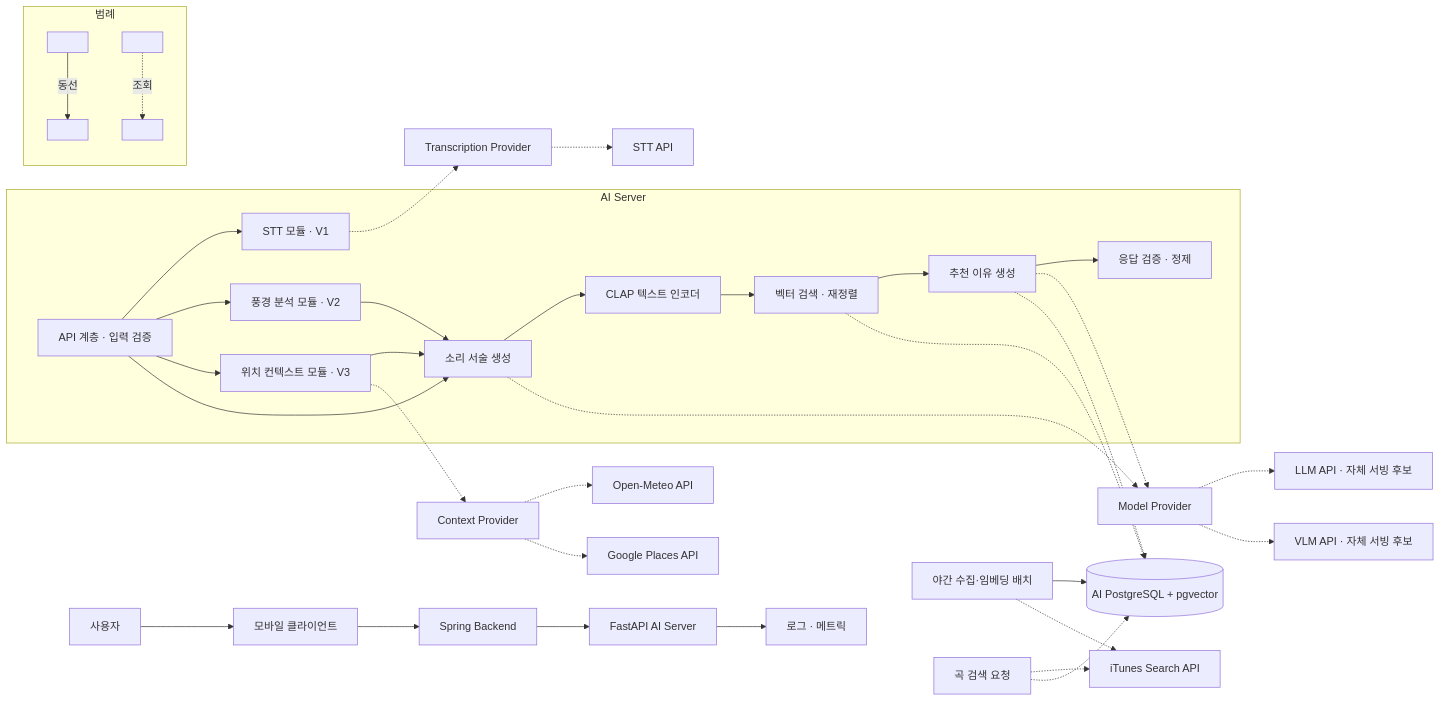
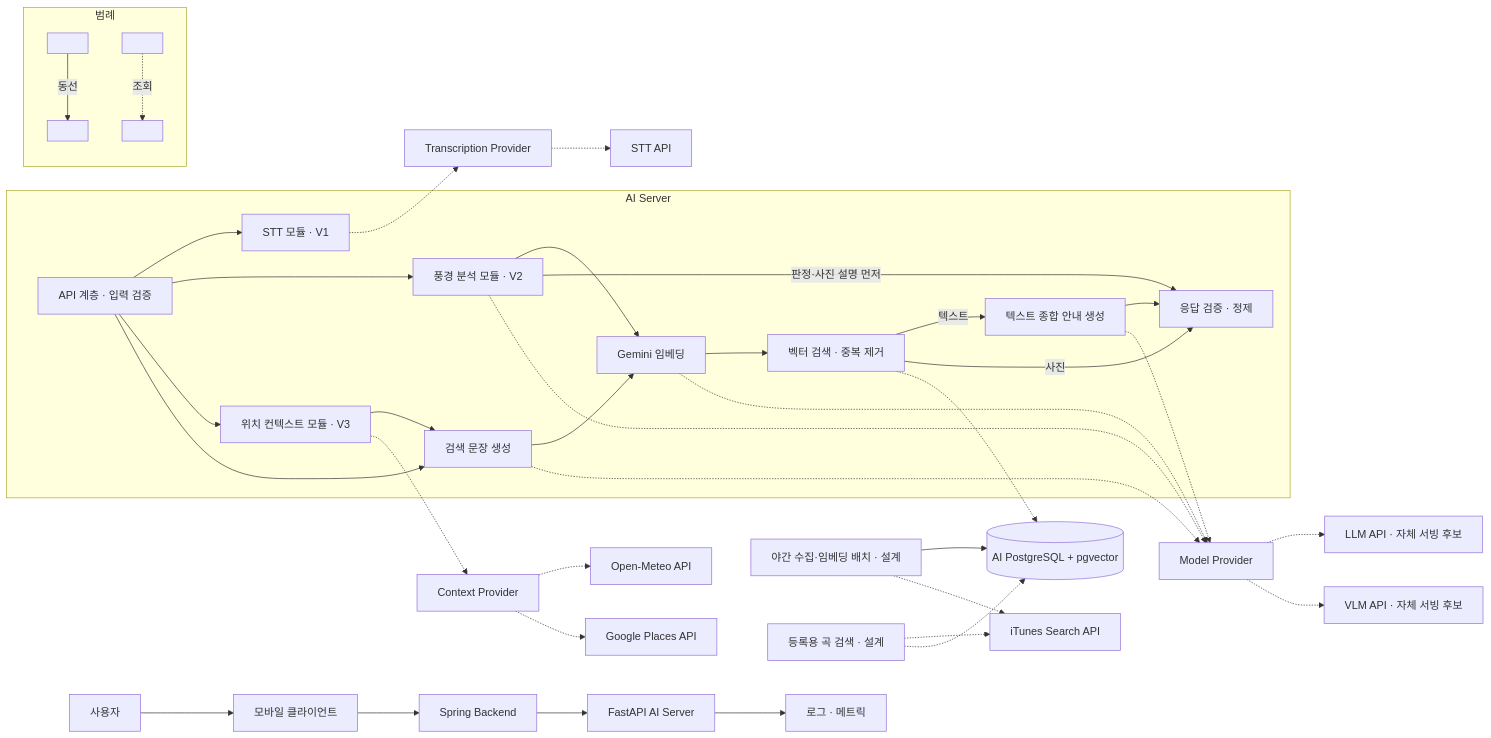
Before and after one commit to 100-hours-a-week/KTB4-18th-AI: the second of 4 diagrams in docs/wiki/week2/08-최종 통합 설계 및 회고.md, drawn with Mermaid. The commit also changed other lines of this file and 24 other files, not shown here.

````diff
--- a/docs/wiki/week2/08-최종 통합 설계 및 회고.md
+++ b/docs/wiki/week2/08-최종 통합 설계 및 회고.md
@@ -38,55 +38,58 @@
 ```mermaid
 flowchart LR
     U[사용자] --> F[모바일 클라이언트]
     F --> S[Spring Backend]
     S --> A[FastAPI AI Server]
 
     subgraph AI[AI Server]
         API[API 계층 · 입력 검증]
         STT[STT 모듈 · V1]
         SCENE[풍경 분석 모듈 · V2]
         CTX[위치 컨텍스트 모듈 · V3]
-        SD[소리 서술 생성]
-        CE[CLAP 텍스트 인코더]
-        SEARCH[벡터 검색 · 재정렬]
-        REASON[추천 이유 생성]
+        SD[검색 문장 생성]
+        CE[Gemini 임베딩]
+        SEARCH[벡터 검색 · 중복 제거]
+        ANSWER[텍스트 종합 안내 생성]
         RESP[응답 검증 · 정제]
 
         API --> STT
         API --> SCENE
         API --> CTX
         API --> SD
-        SCENE --> SD
+        SCENE --> CE
         CTX --> SD
         SD --> CE
         CE --> SEARCH
-        SEARCH --> REASON
-        REASON --> RESP
+        SEARCH -->|텍스트| ANSWER
+        ANSWER --> RESP
+        SEARCH -->|사진| RESP
+        SCENE -->|판정·사진 설명 먼저| RESP
     end
 
     SD -.-> MP[Model Provider]
-    REASON -.-> MP
+    SCENE -.-> MP
+    CE -.-> MP
+    ANSWER -.-> MP
     STT -.-> TP[Transcription Provider]
     CTX -.-> CP[Context Provider]
 
     MP -.-> LLM[LLM API · 자체 서빙 후보]
     MP -.-> VLMAPI[VLM API · 자체 서빙 후보]
     TP -.-> STTAPI[STT API]
     CP -.-> WEA[Open-Meteo API]
     CP -.-> PLA[Google Places API]
 
     SEARCH -.-> DB[(AI PostgreSQL + pgvector)]
-    REASON -.-> DB
 
-    BATCH[야간 수집·임베딩 배치] --> DB
+    BATCH[야간 수집·임베딩 배치 · 설계] --> DB
     BATCH -.-> ITUNES[iTunes Search API]
-    SRCH[곡 검색 요청] -.-> ITUNES
+    SRCH[등록용 곡 검색 · 설계] -.-> ITUNES
     SRCH -.-> DB
 
     A --> OBS[로그 · 메트릭]
     subgraph Legend ["범례"]
         direction TB
         L1[ ] -->|동선| L2[ ]
         L3[ ] -.->|조회| L4[ ]
     end
 ```
````
